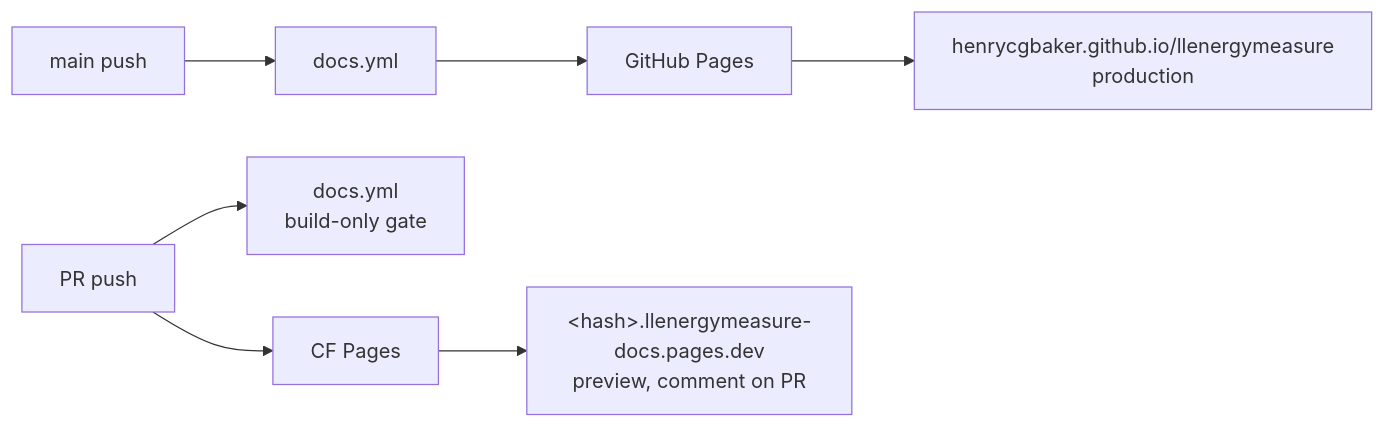
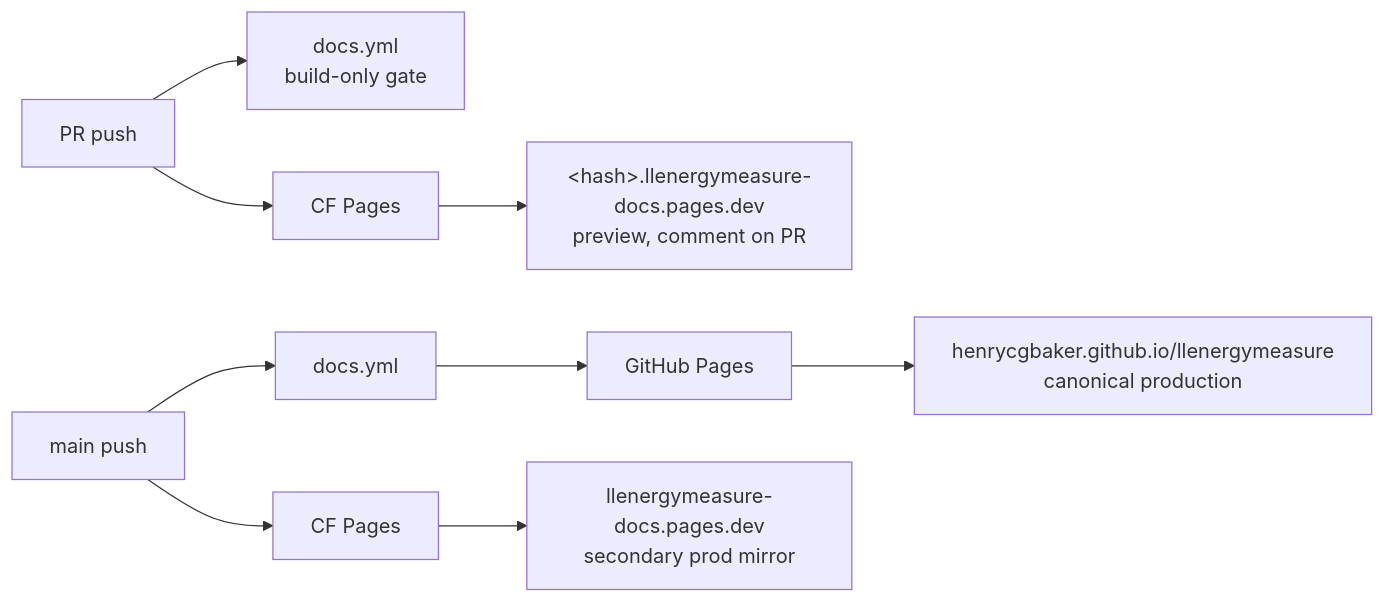
The diagram in docs/contributing/preview-deployments.md (henrycgbaker/LLenergyMeasure), drawn with Mermaid before and after one commit. The commit also changed other lines of this file and 249 other files, not shown here.

````diff
--- a/docs/contributing/preview-deployments.md
+++ b/docs/contributing/preview-deployments.md
@@ -114,15 +114,18 @@
 ```mermaid
 flowchart LR
     prpush[PR push]
     mainpush[main push]
-    cf[CF Pages]
+    cfPR[CF Pages]
+    cfMain[CF Pages]
     docsPR["docs.yml<br/>build-only gate"]
     docsMain[docs.yml]
     gh[GitHub Pages]
     preview["&lt;hash&gt;.llenergymeasure-docs.pages.dev<br/>preview, comment on PR"]
-    prod["henrycgbaker.github.io/llenergymeasure<br/>production"]
+    prod["henrycgbaker.github.io/llenergymeasure<br/>canonical production"]
+    mirror["llenergymeasure-docs.pages.dev<br/>secondary prod mirror"]
 
     prpush --> docsPR
-    prpush --> cf --> preview
+    prpush --> cfPR --> preview
     mainpush --> docsMain --> gh --> prod
+    mainpush --> cfMain --> mirror
 ```
````
